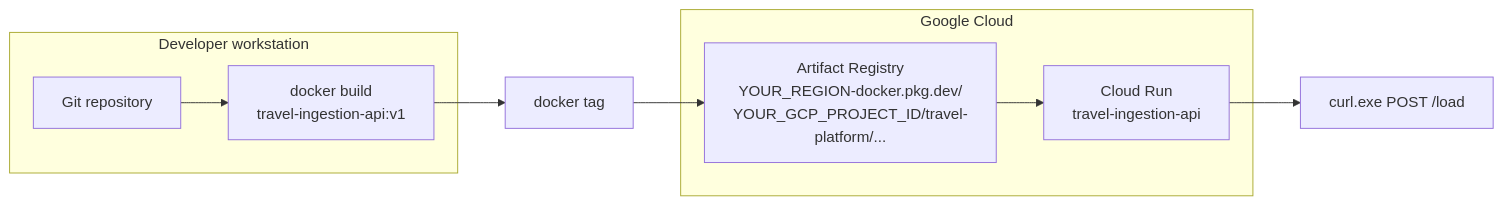
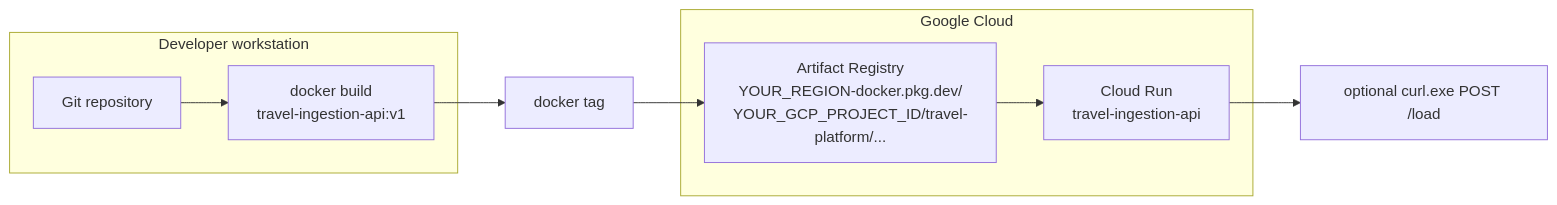
The first of 4 diagrams in docs/architecture.md (saidhuljohny2/gcp-travel-data-ingestion), drawn with Mermaid before and after one commit. The commit also changed other lines of this file, not shown here.

````diff
--- a/docs/architecture.md
+++ b/docs/architecture.md
@@ -15,16 +22,16 @@
 ```mermaid
 flowchart LR
   subgraph Dev["Developer workstation"]
     Git["Git repository"]
     DockerBuild["docker build<br/>travel-ingestion-api:v1"]
   end
   subgraph GCP["Google Cloud"]
     AR["Artifact Registry<br/>YOUR_REGION-docker.pkg.dev/<br/>YOUR_GCP_PROJECT_ID/travel-platform/..."]
     CR["Cloud Run<br/>travel-ingestion-api"]
   end
   Git --> DockerBuild
   DockerBuild --> Tag["docker tag"]
   Tag --> AR
   AR --> CR
-  CR --> Trigger["curl.exe POST /load"]
+  CR --> Manual["optional curl.exe POST /load"]
 ```
````
